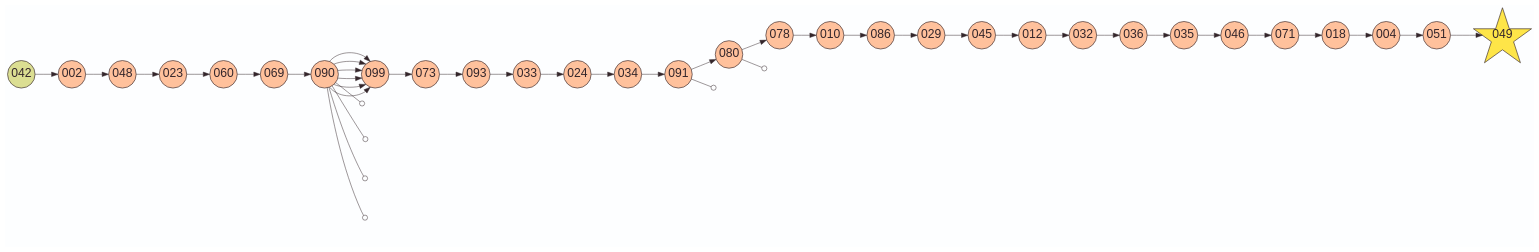
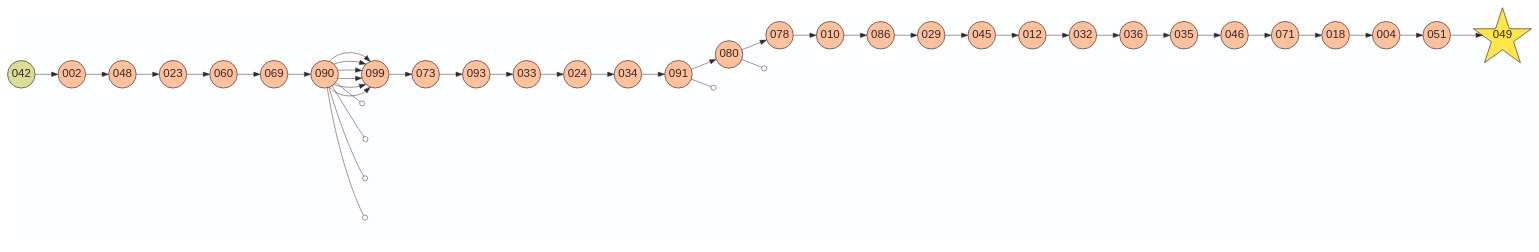
Before and after one commit to laowantong/sqlab_island: the diagram in en/postgresql/output/graph.gv, drawn with Graphviz. The commit also changed 5 other files, not shown here.

Commit message:
improve generated graphs

```diff
--- a/en/postgresql/output/graph.gv
+++ b/en/postgresql/output/graph.gv
@@ -1,79 +1,79 @@
 digraph G {
     layout=dot
   rankdir=LR
     bgcolor="#FDFEFF"
     edge [color="#34262B" penwidth=0.75]
     node [
         shape=star
         fixedsize=true
         width=0.3
         height=0.3
         fillcolor="#FEE548"
         color="#34262B"
         fontcolor="#34262B"
-        fontsize=19
+        fontsize=18
         penwidth=1
         style=filled
         label=""
     ]
     
     node [
         width=1.2
         height=1.2
         fontname=Helvetica
         label="\N"
     ]
     049
     node [
         width=0.6
         height=0.6
         shape=circle
         fillcolor="#FFC19C"
     ]
     002 048 023 060 069 090 099 099 099 099 099 099 073 093 033 024 034 091 080 078 010 086 029 045 012 032 036 035 046 071 018 004 051 049
     node [fillcolor="#DBDE92"]
     
     042 -> 002
     002 -> 048
     048 -> 023
     023 -> 060
     060 -> 069
     069 -> 090
     090 -> 099
     090 -> 099
     090 -> 099
     090 -> 099
     090 -> 099
     090 -> 099
     099 -> 073
     073 -> 093
     093 -> 033
     033 -> 024
     024 -> 034
     034 -> 091
     091 -> 080
     080 -> 078
     078 -> 010
     010 -> 086
     086 -> 029
     029 -> 045
     045 -> 012
     012 -> 032
     032 -> 036
     036 -> 035
     035 -> 046
     046 -> 071
     071 -> 018
     018 -> 004
     004 -> 051
     051 -> 049
     node [style=invisible label=""]
     29469479875314 28936146647069 27750710965709 27856316173838 24023835813788 29110816244045
     edge [arrowhead=odot]
     090 -> 29469479875314
     090 -> 28936146647069
     090 -> 27750710965709
     090 -> 27856316173838
     091 -> 24023835813788
     080 -> 29110816244045
 }
```
